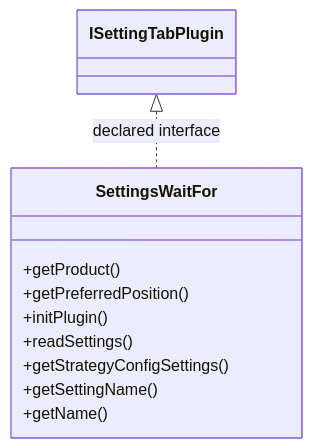
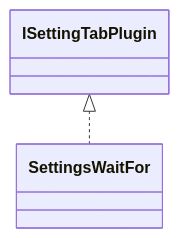
Before and after one commit to haruperi/HaruQuantAI: the diagram in docs/sqx/Shared/SettingsWaitFor.md, drawn with Mermaid. The commit also changed other lines of this file and 1688 other files, not shown here.

````diff
--- a/docs/sqx/Shared/SettingsWaitFor.md
+++ b/docs/sqx/Shared/SettingsWaitFor.md
@@ -30,14 +26,6 @@
 ```mermaid
 classDiagram
-    class C5d6475b909c5["SettingsWaitFor"] {
-        +getProduct()
-        +getPreferredPosition()
-        +initPlugin()
-        +readSettings()
-        +getStrategyConfigSettings()
-        +getSettingName()
-        +getName()
-    }
-    class C27734eb41505["ISettingTabPlugin"]
-    C27734eb41505 <|.. C5d6475b909c5 : declared interface
+    class C0["SettingsWaitFor"]
+    class E0["ISettingTabPlugin"]
+    E0 <|.. C0
 ```
````
